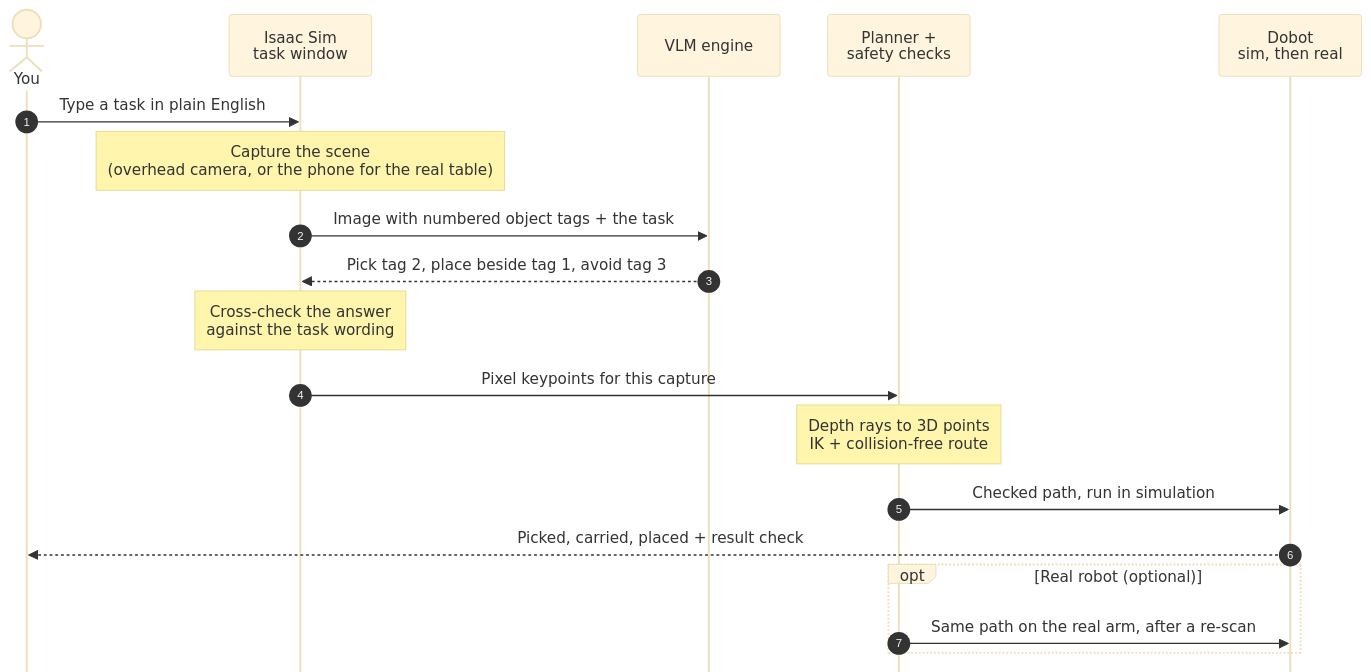
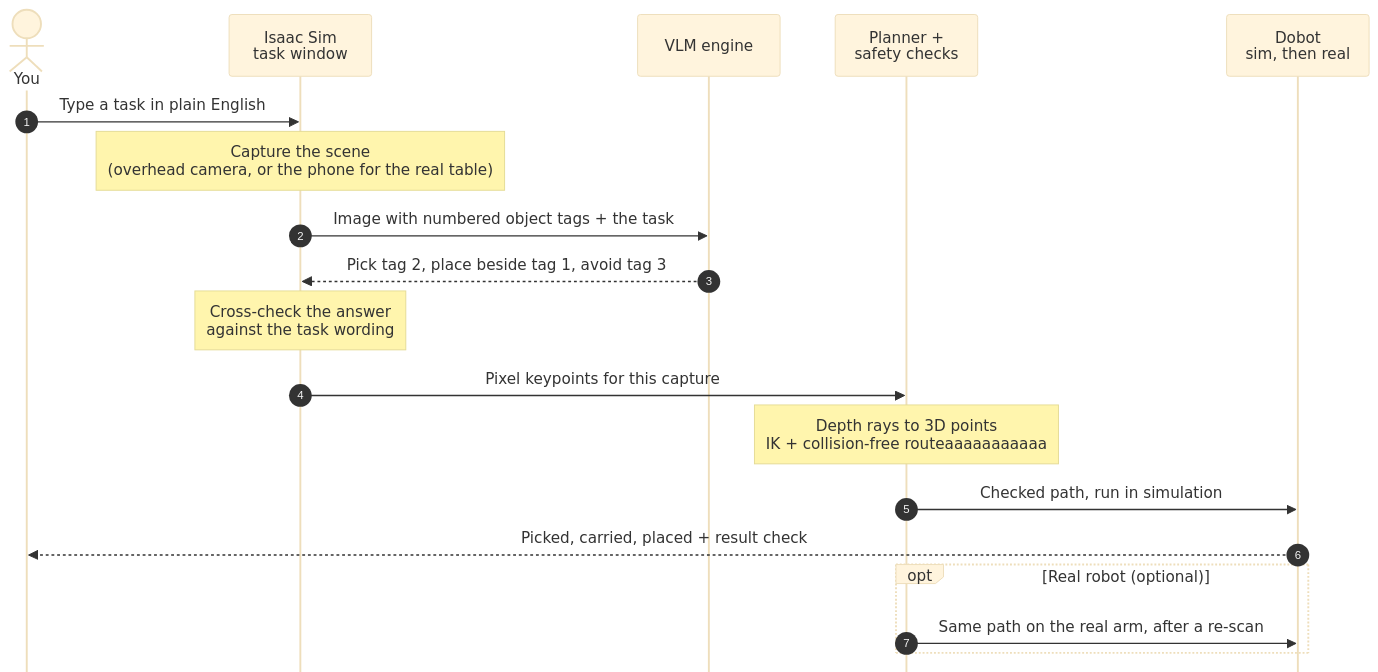
Before and after one commit to Fe3w/dobot-vlm-vla-pick-place: the diagram in README.md, drawn with Mermaid (base theme).

Commit message:
Fix note formatting in README.md
Corrected note formatting in the README file.

````diff
--- a/README.md
+++ b/README.md
@@ -39,23 +39,23 @@
 ```mermaid
 %%{init: {"sequence": {"mirrorActors": false, "messageMargin": 40, "noteMargin": 12}}}%%
 sequenceDiagram
     autonumber
     actor U as You
     participant W as Isaac Sim<br/>task window
     participant V as VLM engine
     participant P as Planner +<br/>safety checks
     participant D as Dobot<br/>sim, then real
 
     U->>W: Type a task in plain English
     Note over W: Capture the scene<br/>(overhead camera, or the phone for the real table)
     W->>V: Image with numbered object tags + the task
     V-->>W: Pick tag 2, place beside tag 1, avoid tag 3
     Note over W: Cross-check the answer<br/>against the task wording
     W->>P: Pixel keypoints for this capture
-    Note over P: Depth rays to 3D points<br/>IK + collision-free route
+    Note over P: Depth rays to 3D points<br/>IK + collision-free routeaaaaaaaaaaa
     P->>D: Checked path, run in simulation
     D-->>U: Picked, carried, placed + result check
     opt Real robot (optional)
         P->>D: Same path on the real arm, after a re-scan
     end
 ```
````
